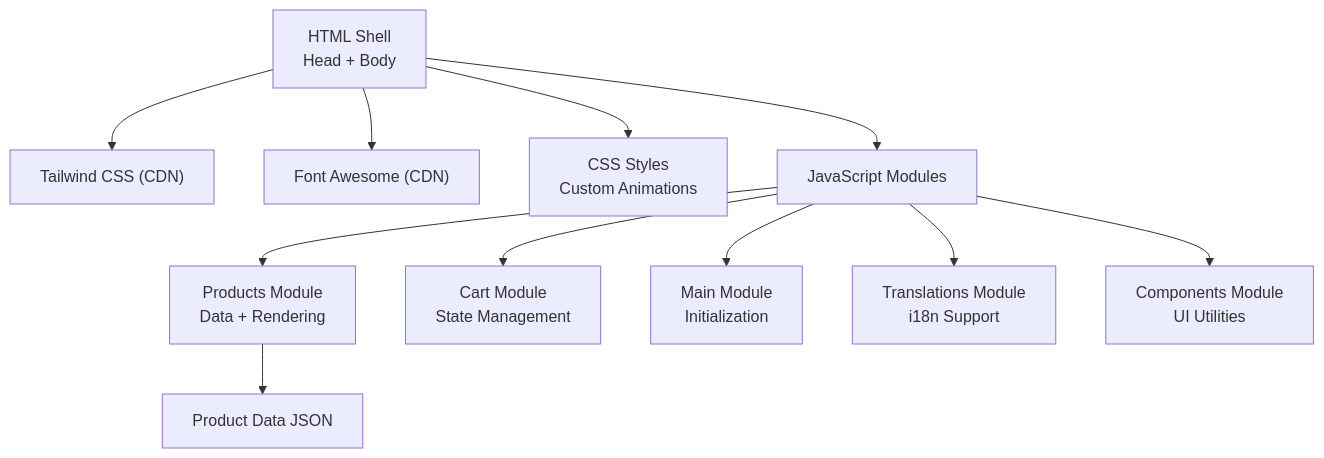
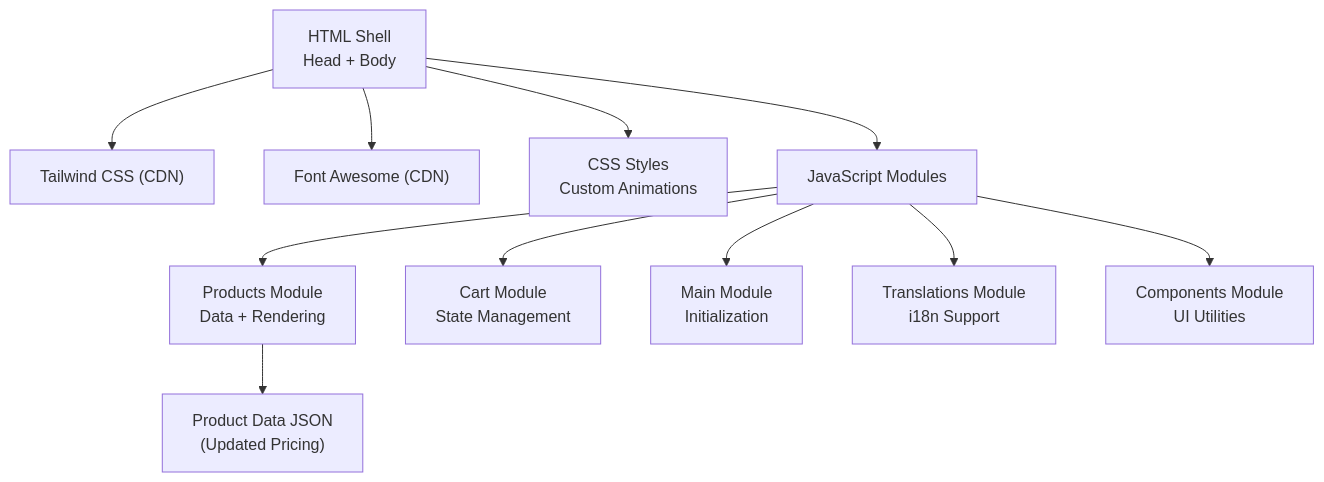
One commit to queenflowerhk/queenflowerhk.github.io changed the first of 6 diagrams in .qoder/repowiki/en/content/Product Management System/Dynamic Product Rendering.md. Above: the diagram before and after it, drawn with Mermaid. The commit also changed other lines of this file and 57 other files, not shown here.

````diff
--- a/.qoder/repowiki/en/content/Product Management System/Dynamic Product Rendering.md
+++ b/.qoder/repowiki/en/content/Product Management System/Dynamic Product Rendering.md
@@ -50,13 +51,13 @@
 ```mermaid
 graph TB
 A["HTML Shell<br/>Head + Body"] --> B["Tailwind CSS (CDN)"]
 A --> C["Font Awesome (CDN)"]
 A --> D["CSS Styles<br/>Custom Animations"]
 A --> E["JavaScript Modules"]
 E --> F["Products Module<br/>Data + Rendering"]
 E --> G["Cart Module<br/>State Management"]
 E --> H["Main Module<br/>Initialization"]
 E --> I["Translations Module<br/>i18n Support"]
 E --> J["Components Module<br/>UI Utilities"]
-F --> K["Product Data JSON"]
+F --> K["Product Data JSON<br/>(Updated Pricing)"]
 ```
````
